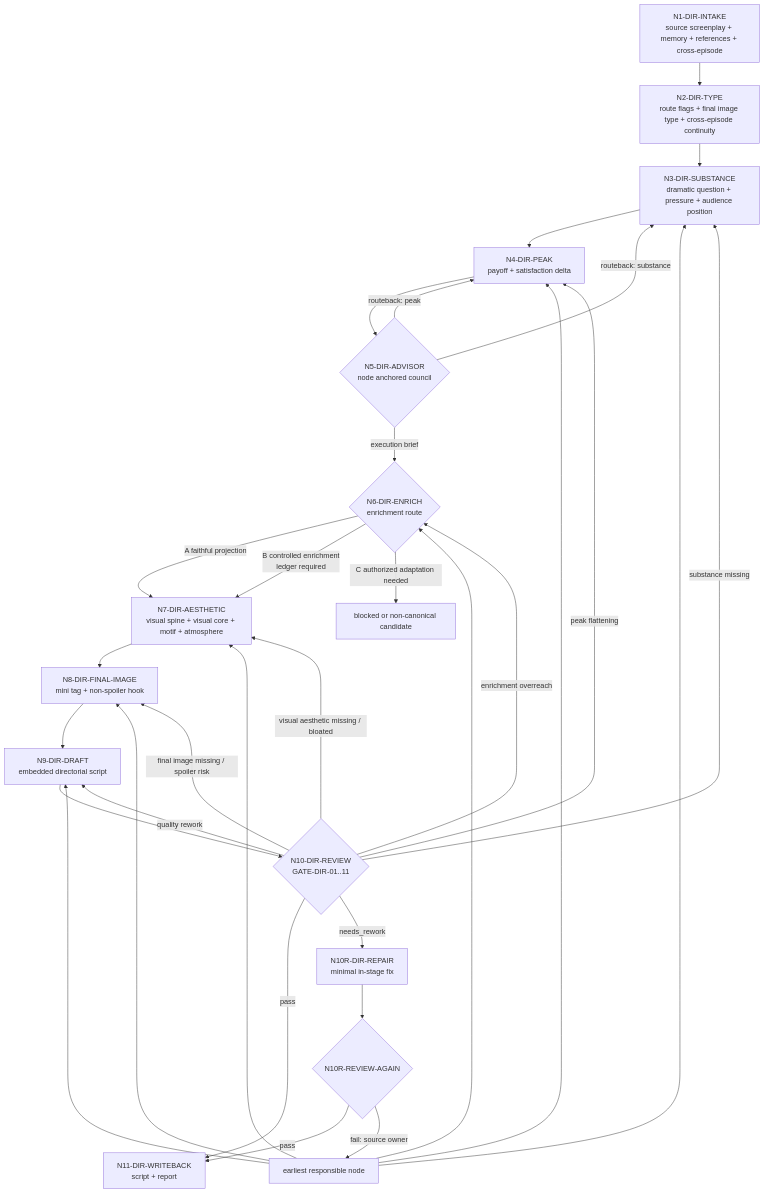
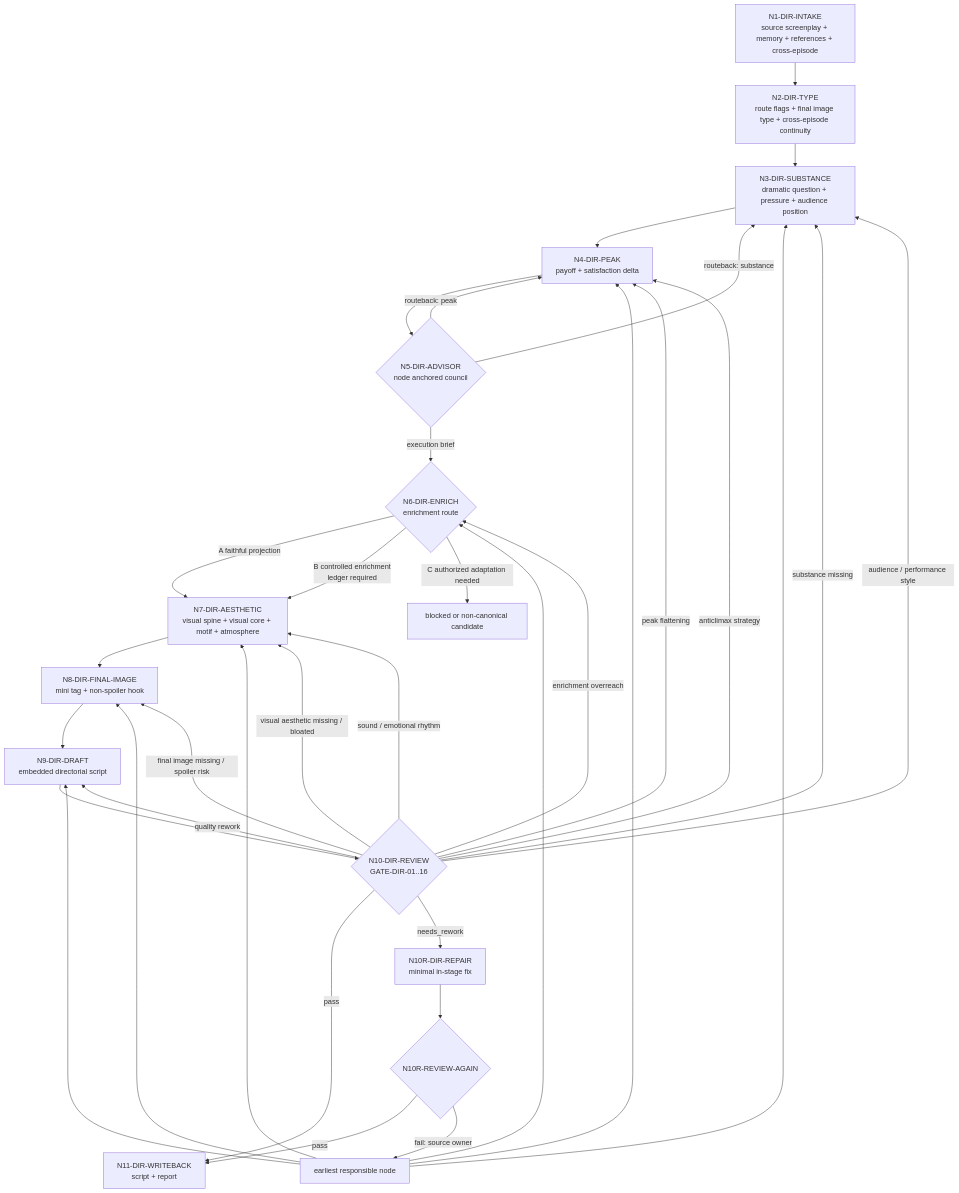
The first of 2 diagrams in .agents/skills/aigc/3-导演/steps/directing-workflow.md (ZEN-VOID/AI-CUT), drawn with Mermaid before and after one commit. The commit also changed other lines of this file and 137 other files, not shown here.

````diff
--- a/.agents/skills/aigc/3-导演/steps/directing-workflow.md
+++ b/.agents/skills/aigc/3-导演/steps/directing-workflow.md
@@ -145,33 +159,36 @@
 ```mermaid
 flowchart TD
     A["N1-DIR-INTAKE\nsource screenplay + memory + references + cross-episode"] --> B["N2-DIR-TYPE\nroute flags + final image type + cross-episode continuity"]
     B --> D["N3-DIR-SUBSTANCE\ndramatic question + pressure + audience position"]
     D --> H["N4-DIR-PEAK\npayoff + satisfaction delta"]
     H --> I{"N5-DIR-ADVISOR\nnode anchored council"}
     I -->|"routeback: substance"| D
     I -->|"routeback: peak"| H
     I -->|"execution brief"| EN{"N6-DIR-ENRICH\nenrichment route"}
     EN -->|"A faithful projection"| VA["N7-DIR-AESTHETIC\nvisual spine + visual core + motif + atmosphere"]
     EN -->|"B controlled enrichment\nledger required"| VA
     EN -->|"C authorized adaptation needed"| X["blocked or non-canonical candidate"]
     VA --> FI["N8-DIR-FINAL-IMAGE\nmini tag + non-spoiler hook"]
     FI --> E["N9-DIR-DRAFT\nembedded directorial script"]
-    E --> F{"N10-DIR-REVIEW\nGATE-DIR-01..11"}
+    E --> F{"N10-DIR-REVIEW\nGATE-DIR-01..16"}
     F -->|"pass"| G["N11-DIR-WRITEBACK\nscript + report"]
     F -->|"needs_rework"| R["N10R-DIR-REPAIR\nminimal in-stage fix"]
     R --> RR{"N10R-REVIEW-AGAIN"}
     RR -->|"pass"| G
     RR -->|"fail: source owner"| BACK["earliest responsible node"]
     BACK --> D
     BACK --> H
     BACK --> EN
     BACK --> VA
     BACK --> FI
     BACK --> E
     F -->|"substance missing"| D
     F -->|"peak flattening"| H
     F -->|"enrichment overreach"| EN
     F -->|"visual aesthetic missing / bloated"| VA
     F -->|"final image missing / spoiler risk"| FI
+    F -->|"audience / performance style"| D
+    F -->|"anticlimax strategy"| H
+    F -->|"sound / emotional rhythm"| VA
     F -->|"quality rework"| E
 ```
````
